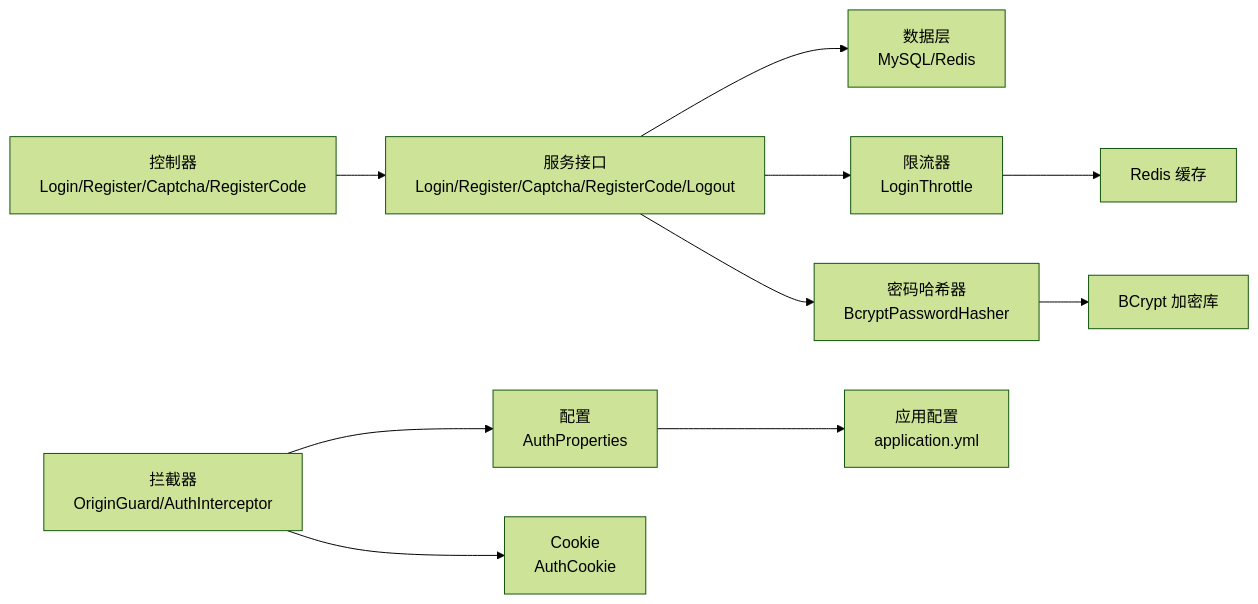
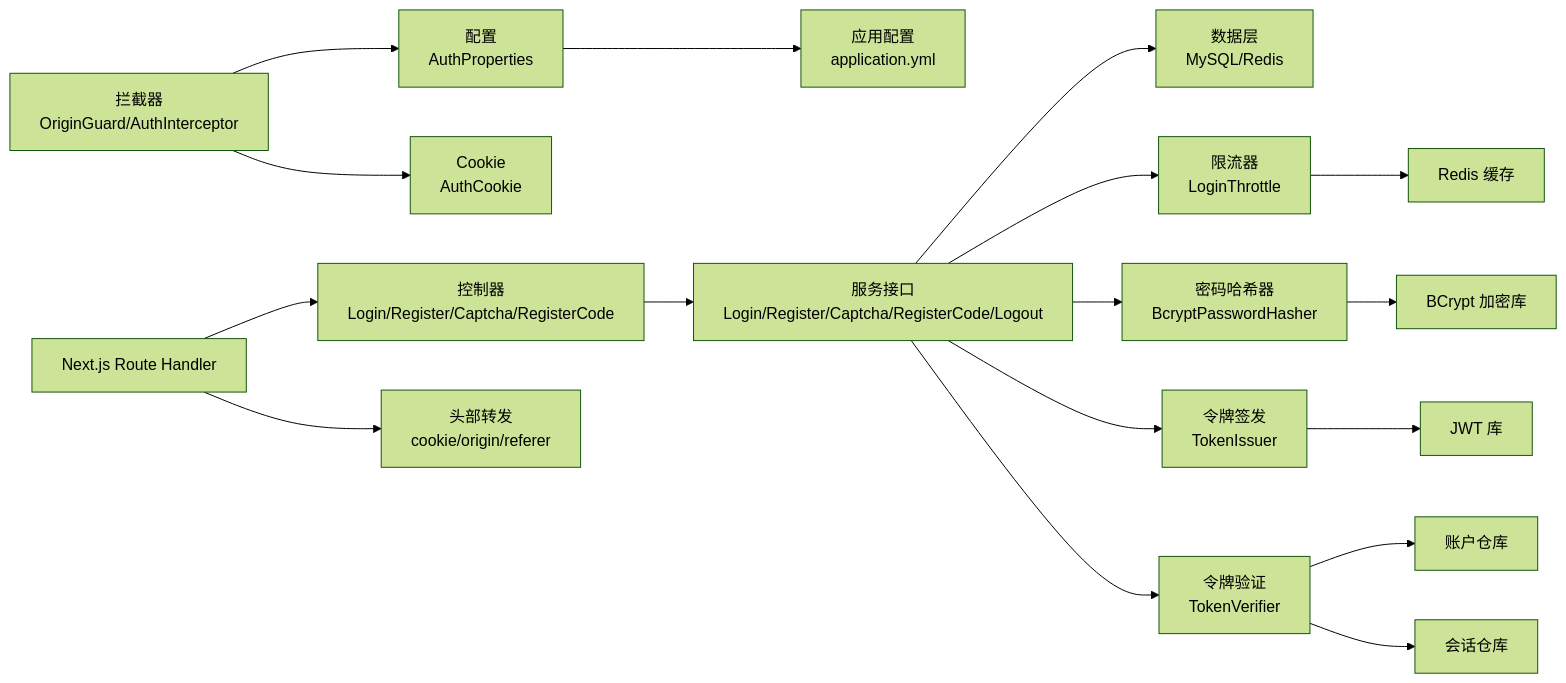
Diagram 11 of 11 in .qoder/repowiki/zh/content/后端开发/WanderChain 认证系统.md (luyitiger6/my-first-project), drawn with Mermaid (forest theme) before and after one commit. The commit also changed other lines of this file and 54 other files, not shown here.

````diff
--- a/.qoder/repowiki/zh/content/后端开发/WanderChain 认证系统.md
+++ b/.qoder/repowiki/zh/content/后端开发/WanderChain 认证系统.md
@@ -505,12 +521,19 @@
 ```mermaid
 graph LR
 CONTROLLERS["控制器<br/>Login/Register/Captcha/RegisterCode"] --> SERVICES["服务接口<br/>Login/Register/Captcha/RegisterCode/Logout"]
 INTERCEPTORS["拦截器<br/>OriginGuard/AuthInterceptor"] --> CONFIG["配置<br/>AuthProperties"]
 INTERCEPTORS --> COOKIES["Cookie<br/>AuthCookie"]
 SERVICES --> DATA["数据层<br/>MySQL/Redis"]
 CONFIG --> APP["应用配置<br/>application.yml"]
 SERVICES --> THROTTLE["限流器<br/>LoginThrottle"]
 SERVICES --> HASHER["密码哈希器<br/>BcryptPasswordHasher"]
+SERVICES --> TOKEN_ISSUER["令牌签发<br/>TokenIssuer"]
+SERVICES --> TOKEN_VERIFIER["令牌验证<br/>TokenVerifier"]
 THROTTLE --> REDIS["Redis 缓存"]
 HASHER --> BCrypt["BCrypt 加密库"]
+TOKEN_ISSUER --> JWT_LIB["JWT 库"]
+TOKEN_VERIFIER --> ACCOUNTS["账户仓库"]
+TOKEN_VERIFIER --> SESSIONS["会话仓库"]
+NEXT_PROXY["Next.js Route Handler"] --> CONTROLLERS
+NEXT_PROXY --> HEADERS["头部转发<br/>cookie/origin/referer"]
 ```
````
